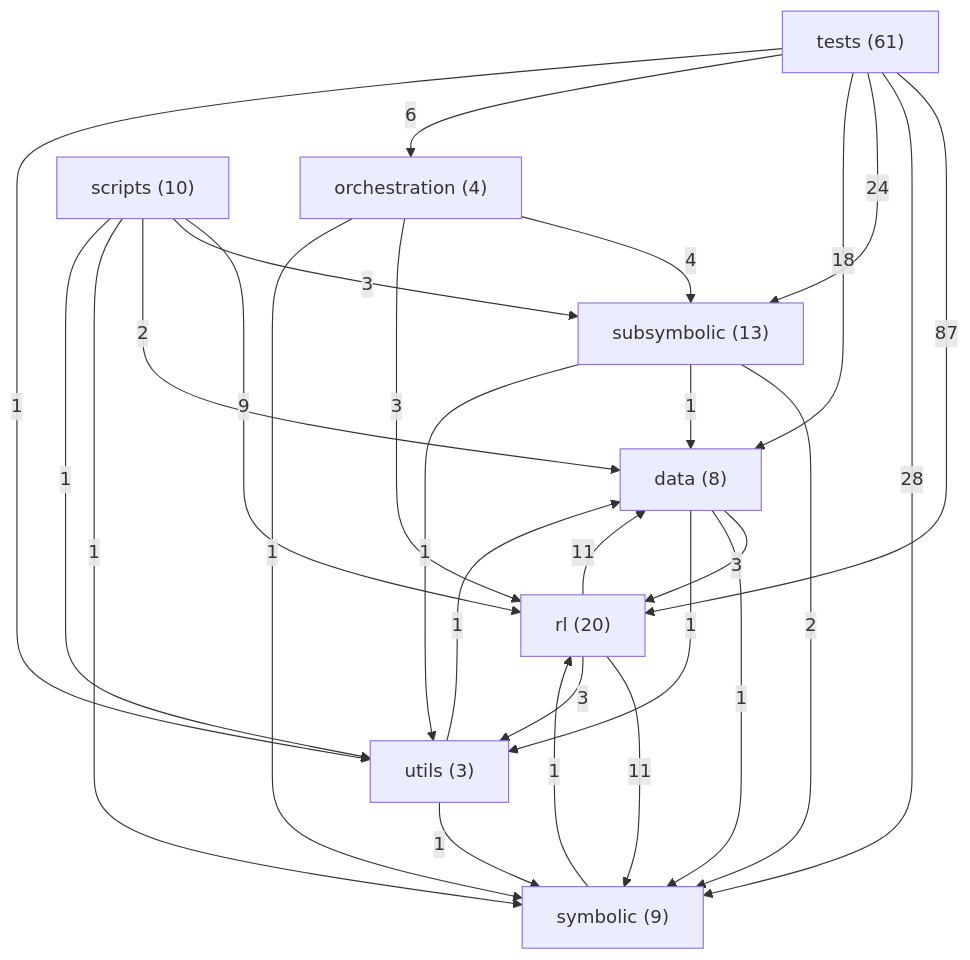
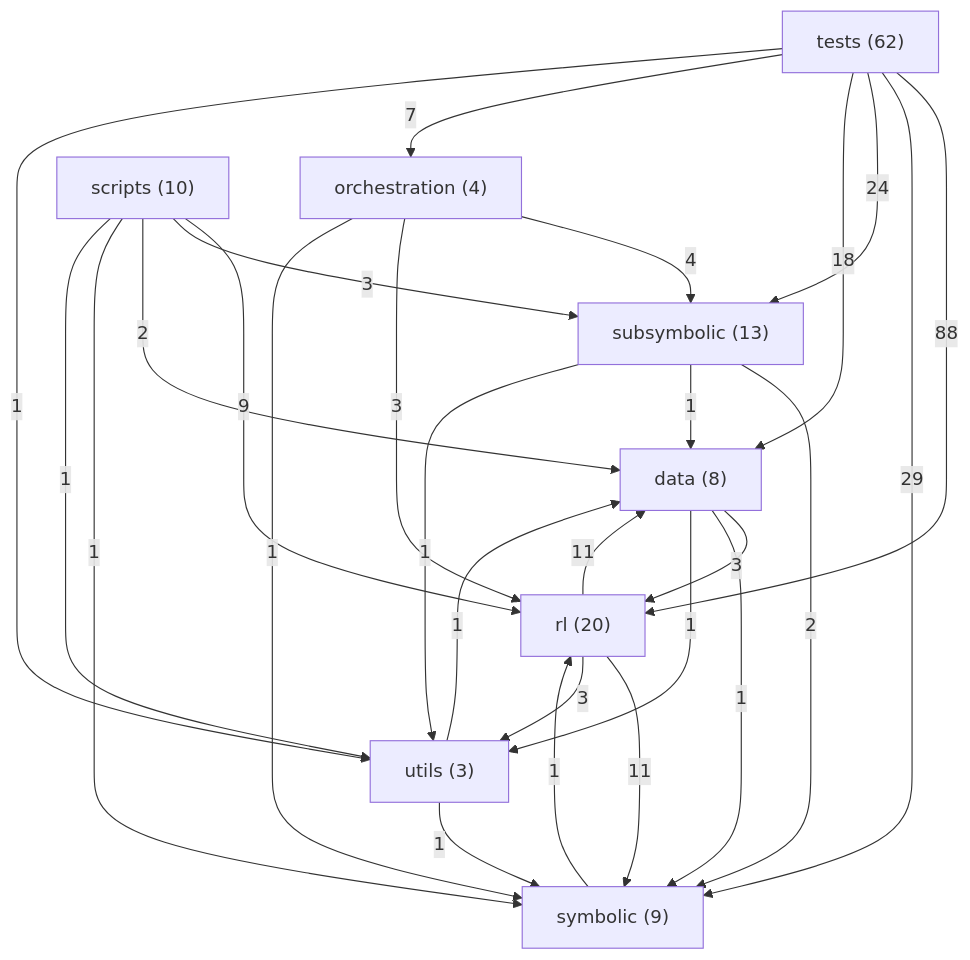
Before and after one commit to danrd/ARC-AGI: the diagram in ARCHITECTURE.md, drawn with Mermaid. The commit also changed other lines of this file, not shown here.

Commit message:
Regenerate the module map
Claude-Session: https://claude.ai/code/session_01AxUKUd9JPHao7rQPt3sTcu

````diff
--- a/ARCHITECTURE.md
+++ b/ARCHITECTURE.md
@@ -161,37 +161,37 @@
 ```mermaid
 graph TD
   data["data (8)"]
   orchestration["orchestration (4)"]
   rl["rl (20)"]
   scripts["scripts (10)"]
   subsymbolic["subsymbolic (13)"]
   symbolic["symbolic (9)"]
-  tests["tests (61)"]
+  tests["tests (62)"]
   utils["utils (3)"]
-  tests -->|87| rl
-  tests -->|28| symbolic
+  tests -->|88| rl
+  tests -->|29| symbolic
   tests -->|24| subsymbolic
   tests -->|18| data
   rl -->|11| data
   rl -->|11| symbolic
   scripts -->|9| rl
-  tests -->|6| orchestration
+  tests -->|7| orchestration
   orchestration -->|4| subsymbolic
   data -->|3| rl
   orchestration -->|3| rl
   rl -->|3| utils
   scripts -->|3| subsymbolic
   scripts -->|2| data
   subsymbolic -->|2| symbolic
   data -->|1| symbolic
   data -->|1| utils
   orchestration -->|1| symbolic
   scripts -->|1| symbolic
   scripts -->|1| utils
   subsymbolic -->|1| data
   subsymbolic -->|1| utils
   symbolic -->|1| rl
   tests -->|1| utils
   utils -->|1| data
   utils -->|1| symbolic
 ```
````
